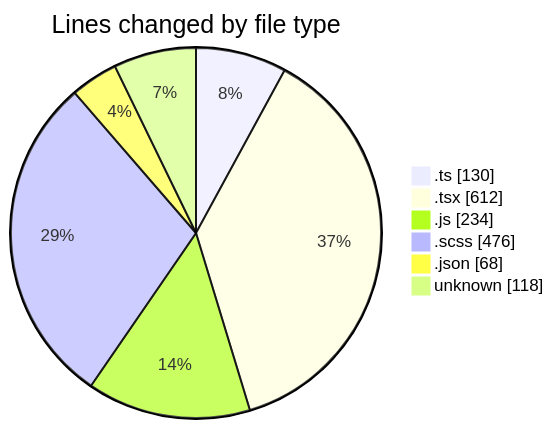
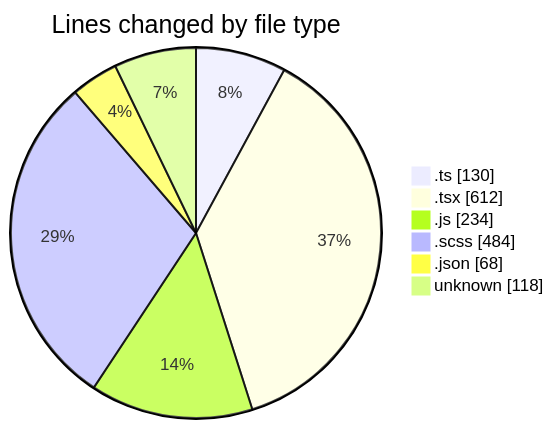
The first of 2 diagrams in 2026-05-08/cda/README.md (momahboobian/code-tracking), drawn with Mermaid before and after one commit. The commit also changed other lines of this file and 1 other file, not shown here.

````diff
--- a/2026-05-08/cda/README.md
+++ b/2026-05-08/cda/README.md
@@ -38,10 +38,10 @@
 ```mermaid
 pie showData
 title Lines changed by file type
 ".ts" : 130
 ".tsx" : 612
 ".js" : 234
-".scss" : 476
+".scss" : 484
 ".json" : 68
 "unknown" : 118
 ```
````
